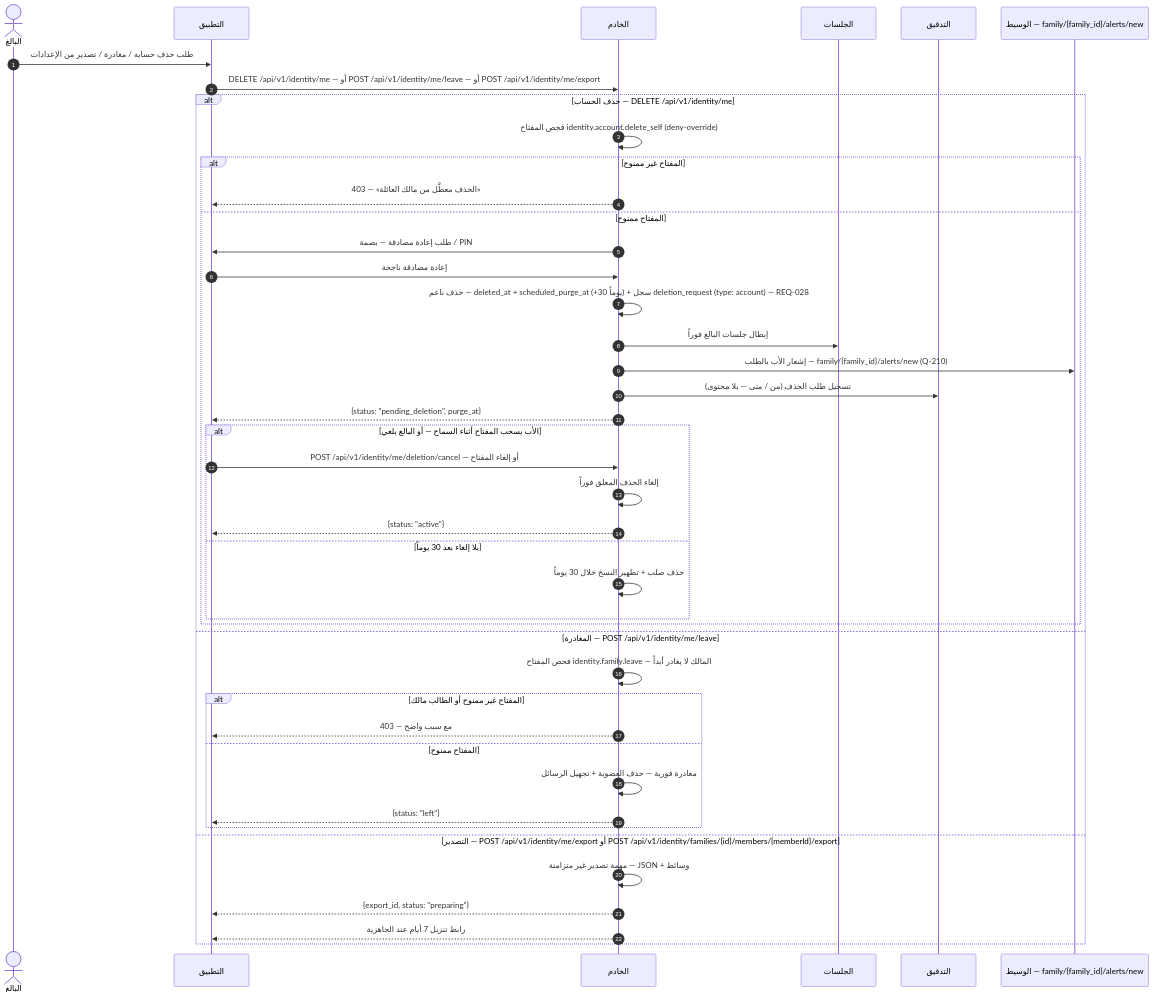
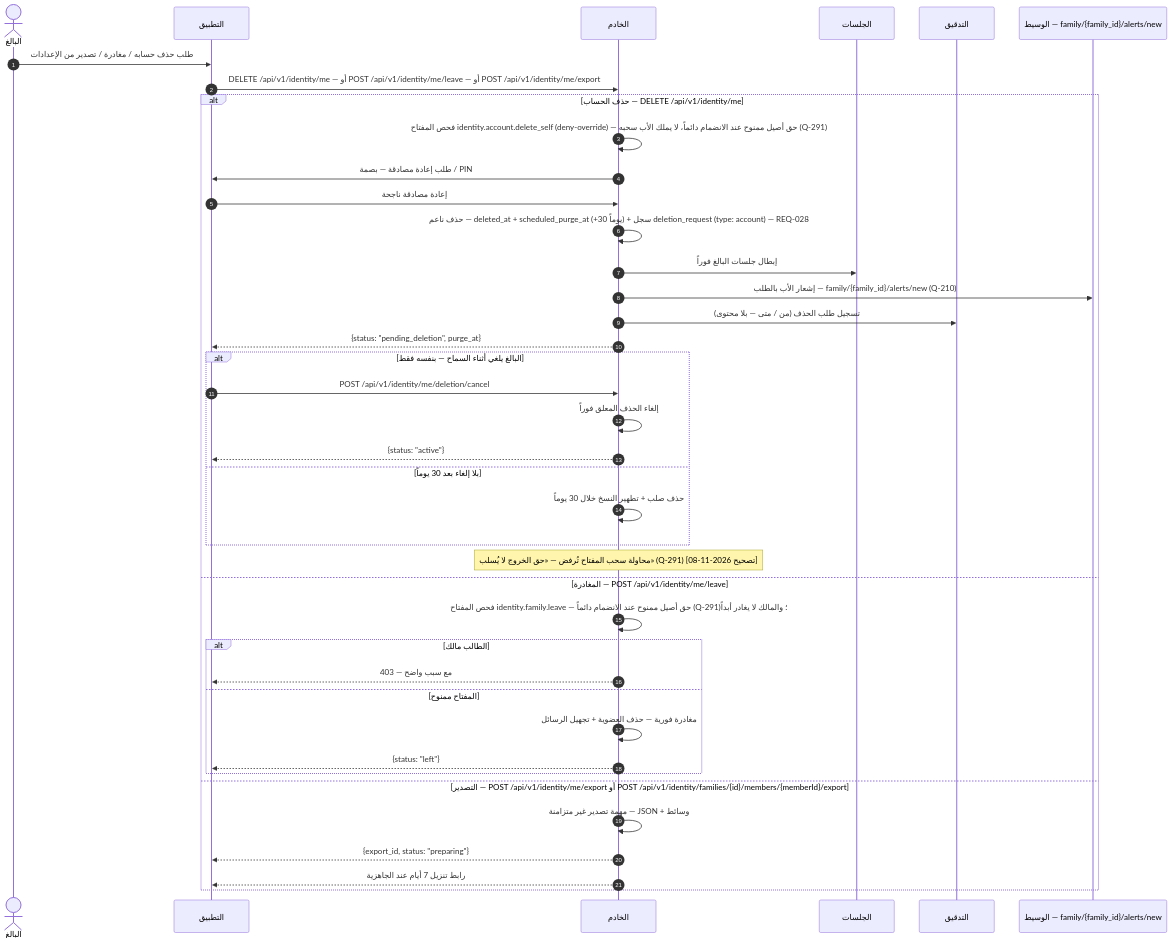
The ninth of 14 diagrams in docs/family-os/governance/phases/phase-1/S1-02-identity-and-onboarding/DIAGRAMS.md (Bassam-mohammed-alqaeadi/family-os-v2), drawn with Mermaid before and after one commit. The commit also changed other lines of this file, not shown here.

Commit message:
Q-291: تصحيح بقايا سحب مفتاحي الخروج في S1-02 DIAGRAMS.md (ملاحظة §1 + تسلسل الحذف/المغادرة + مخطط التدفق + V10) — فاتت موجة 4؛ التحقق المستقل وجدها

````diff
--- a/docs/family-os/governance/phases/phase-1/S1-02-identity-and-onboarding/DIAGRAMS.md
+++ b/docs/family-os/governance/phases/phase-1/S1-02-identity-and-onboarding/DIAGRAMS.md
@@ -439,45 +439,42 @@
 ```mermaid
 sequenceDiagram
     autonumber
     actor Adult as البالغ
     participant App as التطبيق
     participant Ktor as الخادم
     participant S102 as الجلسات
     participant Audit as التدقيق
     participant MQTT as الوسيط — family/{family_id}/alerts/new
     Adult->>App: طلب حذف حسابه / مغادرة / تصدير من الإعدادات
     App->>Ktor: DELETE /api/v1/identity/me — أو POST /api/v1/identity/me/leave — أو POST /api/v1/identity/me/export
     alt حذف الحساب — DELETE /api/v1/identity/me
-        Ktor->>Ktor: فحص المفتاح identity.account.delete_self (deny-override)
-        alt المفتاح غير ممنوح
-            Ktor-->>App: 403 — «الحذف معطَّل من مالك العائلة»
-        else المفتاح ممنوح
-            Ktor->>App: طلب إعادة مصادقة — بصمة / PIN
-            App->>Ktor: إعادة مصادقة ناجحة
-            Ktor->>Ktor: حذف ناعم — deleted_at + scheduled_purge_at (+30 يوماً) + سجل deletion_request (type: account) — REQ-028
-            Ktor->>S102: إبطال جلسات البالغ فوراً
-            Ktor->>MQTT: إشعار الأب بالطلب — family/{family_id}/alerts/new (Q-210)
-            Ktor->>Audit: تسجيل طلب الحذف (من / متى — بلا محتوى)
-            Ktor-->>App: {status: "pending_deletion", purge_at}
-            alt الأب يسحب المفتاح أثناء السماح — أو البالغ يلغي
-                App->>Ktor: POST /api/v1/identity/me/deletion/cancel — أو إلغاء المفتاح
-                Ktor->>Ktor: إلغاء الحذف المعلق فوراً
-                Ktor-->>App: {status: "active"}
-            else بلا إلغاء بعد 30 يوماً
-                Ktor->>Ktor: حذف صلب + تطهير النسخ خلال 30 يوماً
-            end
+        Ktor->>Ktor: فحص المفتاح identity.account.delete_self (deny-override) — حق أصيل ممنوح عند الانضمام دائماً، لا يملك الأب سحبه (Q-291)
+        Ktor->>App: طلب إعادة مصادقة — بصمة / PIN
+        App->>Ktor: إعادة مصادقة ناجحة
+        Ktor->>Ktor: حذف ناعم — deleted_at + scheduled_purge_at (+30 يوماً) + سجل deletion_request (type: account) — REQ-028
+        Ktor->>S102: إبطال جلسات البالغ فوراً
+        Ktor->>MQTT: إشعار الأب بالطلب — family/{family_id}/alerts/new (Q-210)
+        Ktor->>Audit: تسجيل طلب الحذف (من / متى — بلا محتوى)
+        Ktor-->>App: {status: "pending_deletion", purge_at}
+        alt البالغ يلغي أثناء السماح — بنفسه فقط
+            App->>Ktor: POST /api/v1/identity/me/deletion/cancel
+            Ktor->>Ktor: إلغاء الحذف المعلق فوراً
+            Ktor-->>App: {status: "active"}
+        else بلا إلغاء بعد 30 يوماً
+            Ktor->>Ktor: حذف صلب + تطهير النسخ خلال 30 يوماً
         end
+        Note over Ktor: محاولة سحب المفتاح تُرفض — «حق الخروج لا يُسلب» (Q-291) [تصحيح 2026-11-08]
     else المغادرة — POST /api/v1/identity/me/leave
-        Ktor->>Ktor: فحص المفتاح identity.family.leave — المالك لا يغادر أبداً
-        alt المفتاح غير ممنوح أو الطالب مالك
+        Ktor->>Ktor: فحص المفتاح identity.family.leave — حق أصيل ممنوح عند الانضمام دائماً (Q-291)؛ والمالك لا يغادر أبداً
+        alt الطالب مالك
             Ktor-->>App: 403 — مع سبب واضح
         else المفتاح ممنوح
             Ktor->>Ktor: مغادرة فورية — حذف العضوية + تجهيل الرسائل
             Ktor-->>App: {status: "left"}
         end
     else التصدير — POST /api/v1/identity/me/export أو POST /api/v1/identity/families/{id}/members/{memberId}/export
         Ktor->>Ktor: مهمة تصدير غير متزامنة — JSON + وسائط
         Ktor-->>App: {export_id, status: "preparing"}
         Ktor-->>App: رابط تنزيل 7 أيام عند الجاهزية
     end
 ```
````
